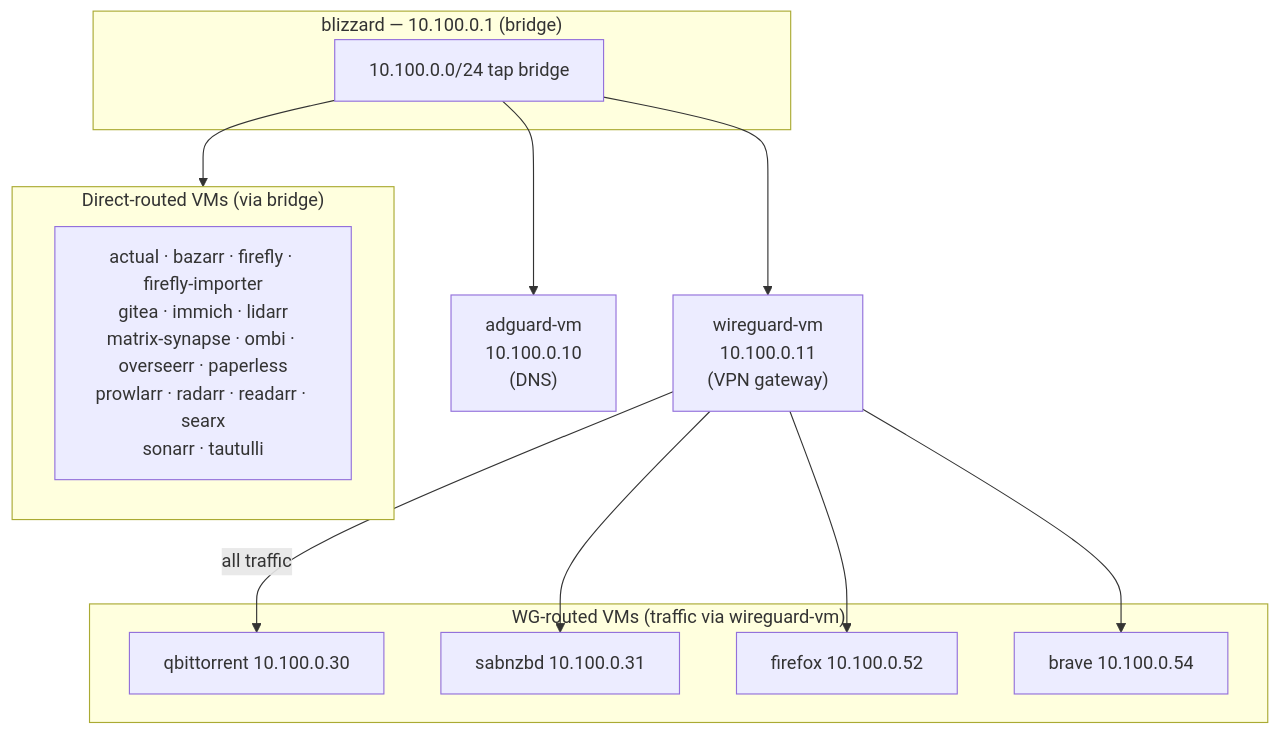
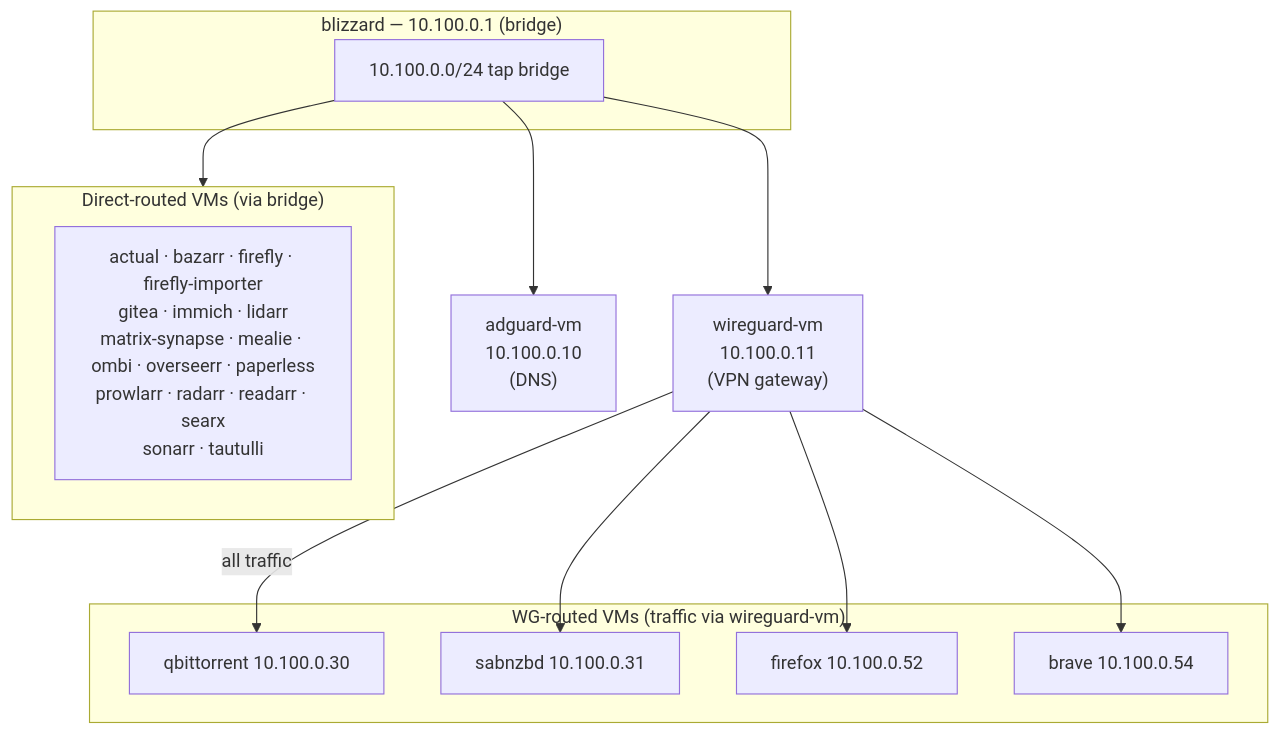
Before and after one commit to telometto/nix-config: the second of 2 diagrams in vms/README.md, drawn with Mermaid. The commit also changed other lines of this file, not shown here.

Commit message:
feat(mealie): update README to reflect addition of mealie VM configuration

````diff
--- a/vms/README.md
+++ b/vms/README.md
@@ -31,28 +31,28 @@
 ```mermaid
 flowchart TB
     subgraph host["blizzard — 10.100.0.1 (bridge)"]
         bridge["10.100.0.0/24 tap bridge"]
     end
 
     adguard["adguard-vm\n10.100.0.10\n(DNS)"]
     wg["wireguard-vm\n10.100.0.11\n(VPN gateway)"]
 
     subgraph direct["Direct-routed VMs (via bridge)"]
-        d1["actual · bazarr · firefly · firefly-importer\ngitea · immich · lidarr\nmatrix-synapse · ombi · overseerr · paperless\nprowlarr · radarr · readarr · searx\nsonarr · tautulli"]
+        d1["actual · bazarr · firefly · firefly-importer\ngitea · immich · lidarr\nmatrix-synapse · mealie · ombi · overseerr · paperless\nprowlarr · radarr · readarr · searx\nsonarr · tautulli"]
     end
 
     subgraph wgrouted["WG-routed VMs (traffic via wireguard-vm)"]
         w1["qbittorrent 10.100.0.30"]
         w2["sabnzbd 10.100.0.31"]
         w3["firefox 10.100.0.52"]
         w4["brave 10.100.0.54"]
     end
 
     bridge --> adguard
     bridge --> wg
     bridge --> direct
     wg -->|"all traffic"| w1
     wg --> w2
     wg --> w3
     wg --> w4
 ```
````
